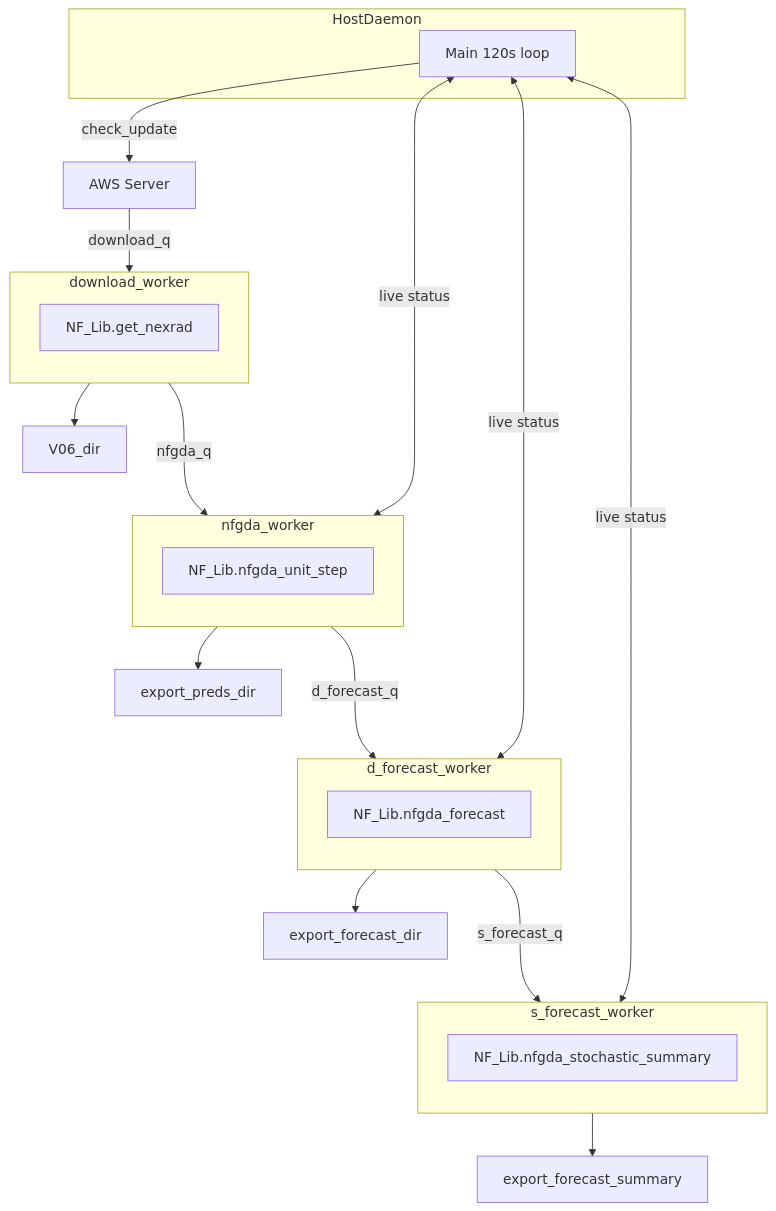
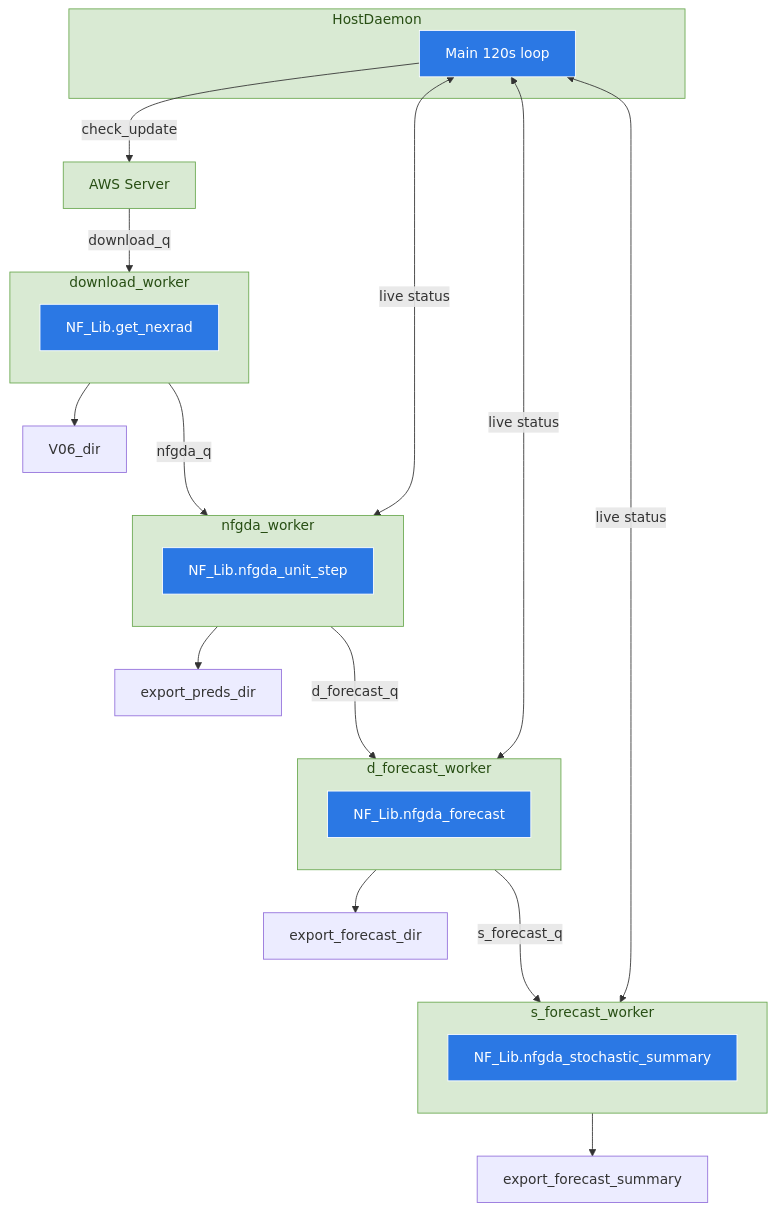
Before and after one commit to firelab/NFGDA: the diagram in README.md, drawn with Mermaid.

Commit message:
Update README.md color scheme

````diff
--- a/README.md
+++ b/README.md
@@ -5,39 +5,49 @@
 ```mermaid
 graph TD
+    %% Define Styles
+    classDef loop fill:#2b78e4,stroke:#fff,color:#fff;
+    classDef machine fill:#d9ead3,stroke:#6aa84f,color:#274e13;
+
     subgraph Host [HostDaemon]
-        M[Main 120s loop]
+        M[Main 120s loop]:::loop
     end
+    class Host machine;
 
-    M -->|check_update|AWS[AWS Server] -->|download_q| DW
+    M -->|check_update|AWS[AWS Server]:::machine
+    AWS -->|download_q| DW
     M <-->|live status| NW
     M <-->|live status| DFW
     M <-->|live status| SFW
 
     subgraph DW [download_worker]
         direction TB
-        dl[NF_Lib.get_nexrad]
+        dl[NF_Lib.get_nexrad]:::loop
     end
+    class DW machine;
 
     subgraph NW [nfgda_worker]
         direction TB
-        nf[NF_Lib.nfgda_unit_step]
+        nf[NF_Lib.nfgda_unit_step]:::loop
     end
+    class NW machine;
 
     subgraph DFW [d_forecast_worker]
         direction TB
-        df[NF_Lib.nfgda_forecast]
+        df[NF_Lib.nfgda_forecast]:::loop
     end
+    class DFW machine;
   
     subgraph SFW [s_forecast_worker]
         direction TB
-        ss[NF_Lib.nfgda_stochastic_summary]
+        ss[NF_Lib.nfgda_stochastic_summary]:::loop
     end
+    class SFW machine;
 
     dl[NF_Lib.get_nexrad] --> v06[V06_dir]
     dl[NF_Lib.get_nexrad] --->|nfgda_q| NW
     nf[NF_Lib.nfgda_unit_step] --> ep[export_preds_dir]
     nf[NF_Lib.nfgda_unit_step] --->|d_forecast_q| DFW
     df[NF_Lib.nfgda_forecast] --> efd[export_forecast_dir]
     df[NF_Lib.nfgda_forecast] --->|s_forecast_q| SFW
     ss[NF_Lib.nfgda_stochastic_summary] --> esd[export_forecast_summary]
 ```
````
